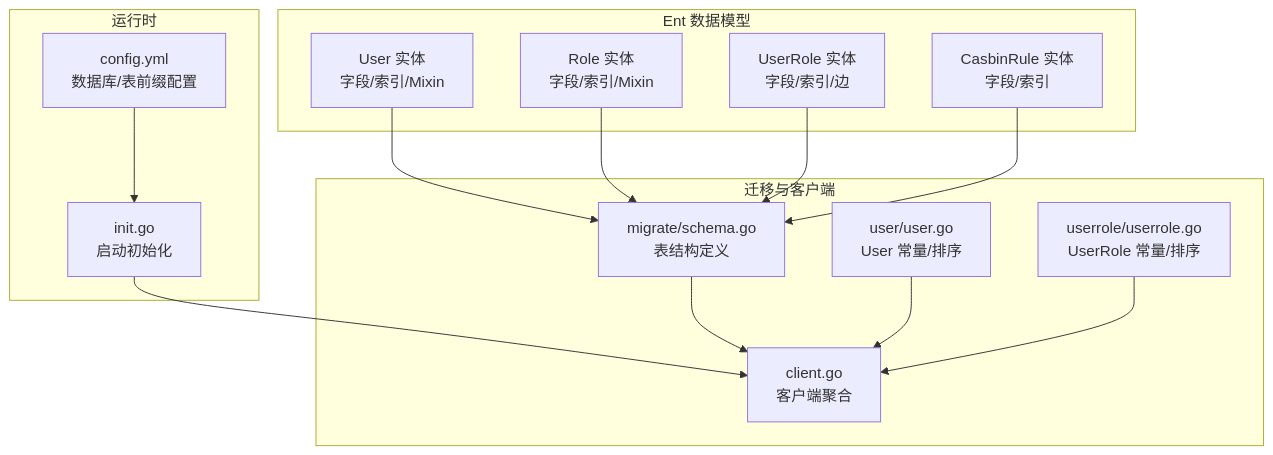
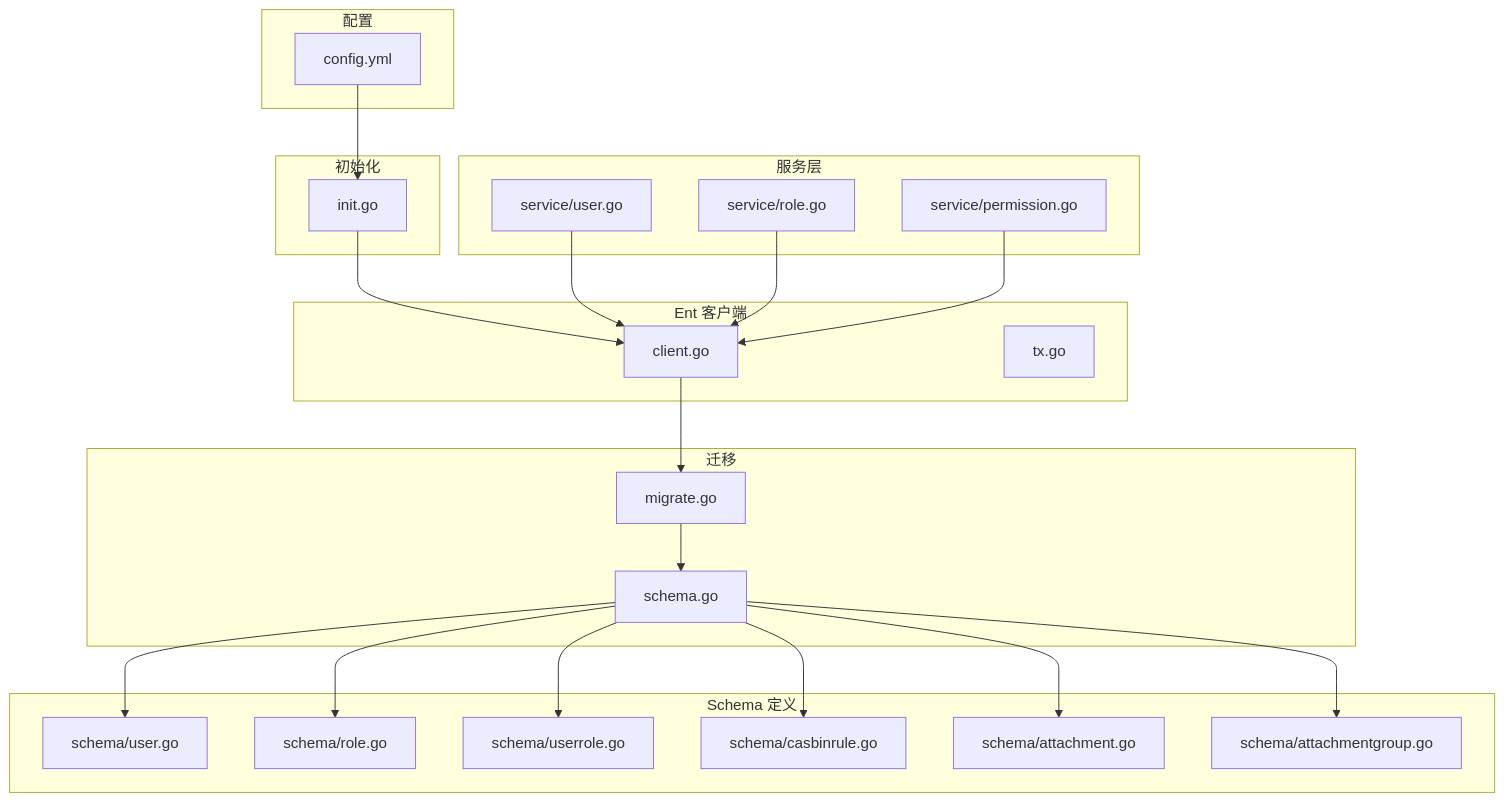
One commit to wuwuseo/e-sports-go-admin changed the first of 10 diagrams in .qoder/repowiki/zh/content/数据库设计/数据库设计.md. Above: the diagram before and after it, drawn with Mermaid. The commit also changed other lines of this file and 141 other files, not shown here.

````diff
--- a/.qoder/repowiki/zh/content/数据库设计/数据库设计.md
+++ b/.qoder/repowiki/zh/content/数据库设计/数据库设计.md
@@ -41,28 +51,43 @@
 ```mermaid
 graph TB
-subgraph "Ent 数据模型"
-U["User 实体<br/>字段/索引/Mixin"]
-R["Role 实体<br/>字段/索引/Mixin"]
-UR["UserRole 实体<br/>字段/索引/边"]
-CR["CasbinRule 实体<br/>字段/索引"]
+subgraph "配置"
+CFG["config.yml"]
 end
-subgraph "迁移与客户端"
-M["migrate/schema.go<br/>表结构定义"]
-C["client.go<br/>客户端聚合"]
-Uc["user/user.go<br/>User 常量/排序"]
-URc["userrole/userrole.go<br/>UserRole 常量/排序"]
+subgraph "初始化"
+INIT["init.go"]
 end
-subgraph "运行时"
-I["init.go<br/>启动初始化"]
-CFG["config.yml<br/>数据库/表前缀配置"]
+subgraph "Ent 客户端"
+ENT_CLIENT["client.go"]
+TX["tx.go"]
 end
-U --> M
-R --> M
-UR --> M
-CR --> M
-M --> C
-I --> C
-CFG --> I
-Uc --> C
-URc --> C
+subgraph "迁移"
+MIGRATE_GO["migrate.go"]
+SCHEMA_GO["schema.go"]
+end
+subgraph "Schema 定义"
+U["schema/user.go"]
+R["schema/role.go"]
+UR["schema/userrole.go"]
+CR["schema/casbinrule.go"]
+ATT["schema/attachment.go"]
+ATTG["schema/attachmentgroup.go"]
+end
+subgraph "服务层"
+S_USER["service/user.go"]
+S_ROLE["service/role.go"]
+S_PERM["service/permission.go"]
+end
+CFG --> INIT
+INIT --> ENT_CLIENT
+ENT_CLIENT --> MIGRATE_GO
+MIGRATE_GO --> SCHEMA_GO
+SCHEMA_GO --> U
+SCHEMA_GO --> R
+SCHEMA_GO --> UR
+SCHEMA_GO --> CR
+SCHEMA_GO --> ATT
+SCHEMA_GO --> ATTG
+S_USER --> ENT_CLIENT
+S_ROLE --> ENT_CLIENT
+S_PERM --> ENT_CLIENT
 ```
````
